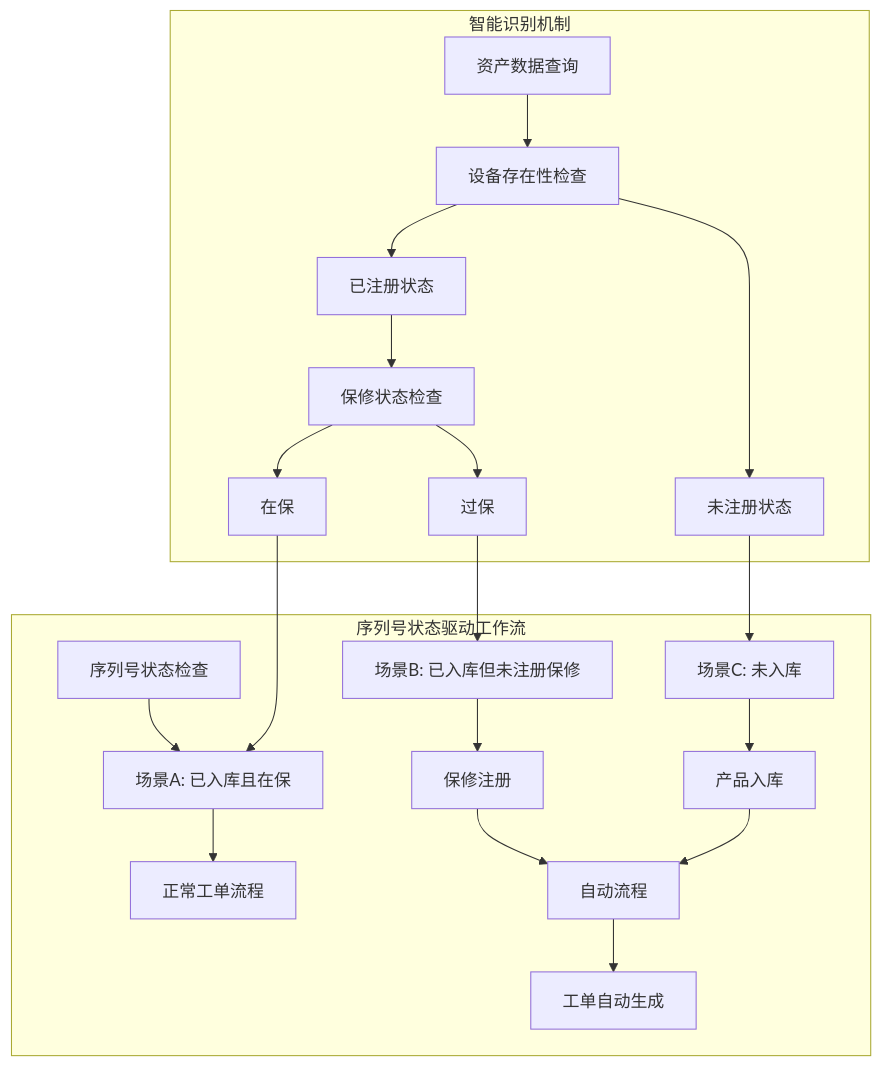
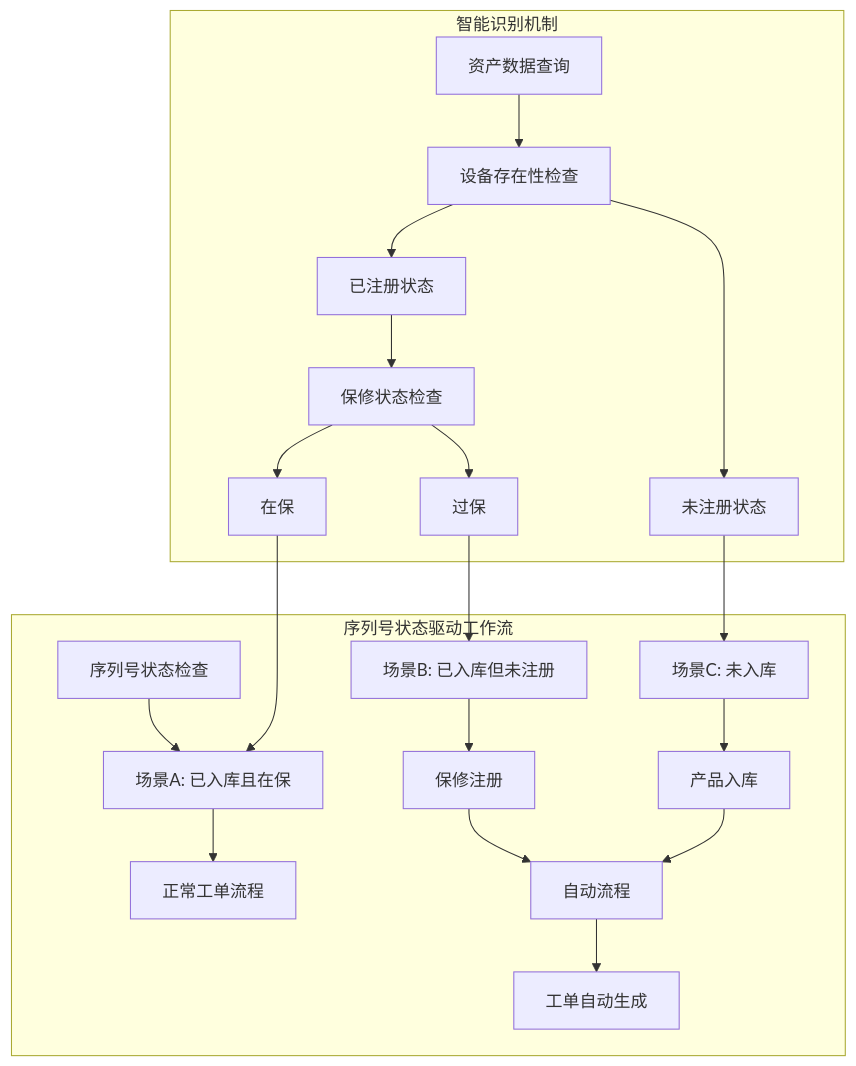
The first of 14 diagrams in .qoder/repowiki/zh/content/前端组件架构/产品管理界面/产品管理界面.md (CubeEdge/Longhorn), drawn with Mermaid before and after one commit. The commit also changed other lines of this file and 53 other files, not shown here.

````diff
--- a/.qoder/repowiki/zh/content/前端组件架构/产品管理界面/产品管理界面.md
+++ b/.qoder/repowiki/zh/content/前端组件架构/产品管理界面/产品管理界面.md
@@ -65,23 +55,23 @@
 ```mermaid
 graph TB
 subgraph "序列号状态驱动工作流"
 SNCheck[序列号状态检查] --> ScenarioA[场景A: 已入库且在保]
-ScenarioB[场景B: 已入库但未注册保修] --> WarrantyReg[保修注册]
+ScenarioB[场景B: 已入库但未注册] --> WarrantyReg[保修注册]
 ScenarioC[场景C: 未入库] --> ProductEntry[产品入库]
 ScenarioA --> NormalFlow[正常工单流程]
 WarrantyReg --> AutoFlow[自动流程]
 ProductEntry --> AutoFlow
 AutoFlow --> TicketCreation[工单自动生成]
 end
 subgraph "智能识别机制"
 AssetData[资产数据查询] --> DeviceCheck[设备存在性检查]
 DeviceCheck --> Unregistered[未注册状态]
 DeviceCheck --> Registered[已注册状态]
 Unregistered --> ScenarioC
 Registered --> WarrantyCheck[保修状态检查]
 WarrantyCheck --> ValidWarranty[在保]
 WarrantyCheck --> ExpiredWarranty[过保]
 ValidWarranty --> ScenarioA
 ExpiredWarranty --> ScenarioB
 end
 ```
````
